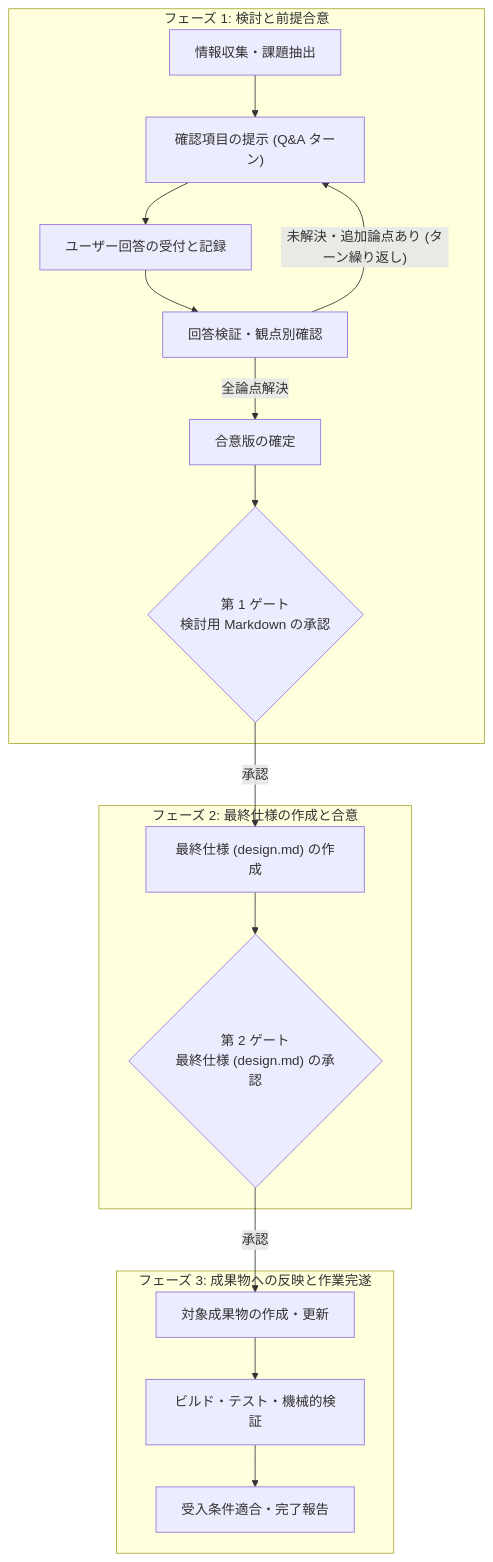
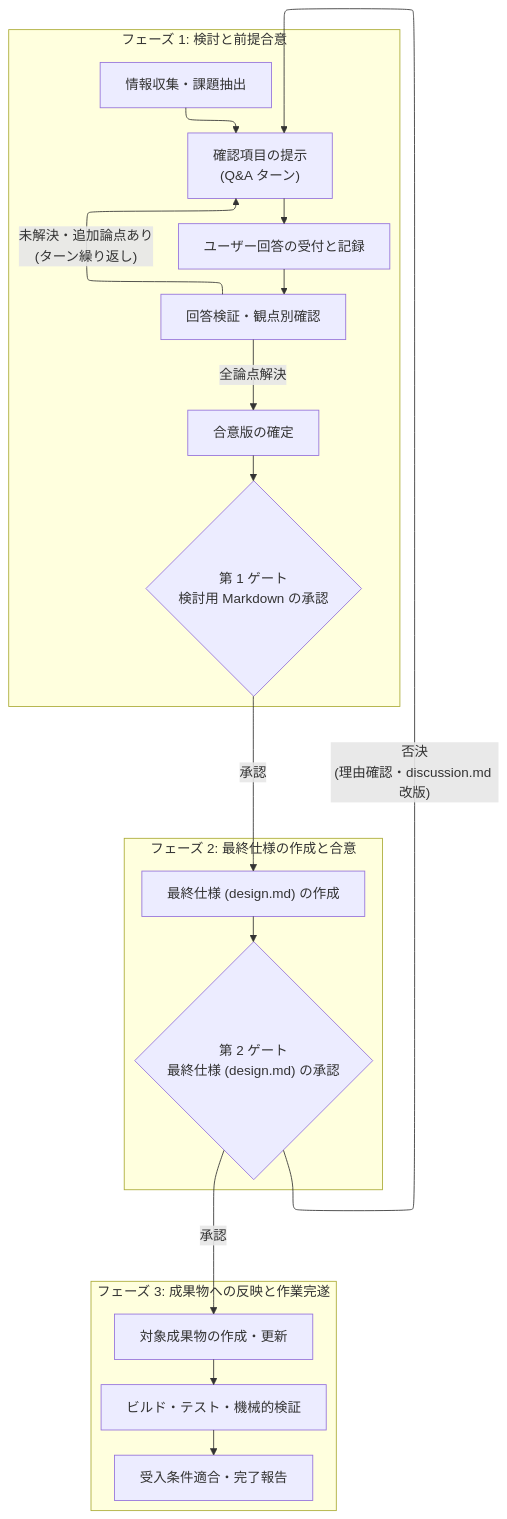
Before and after one commit to Hondarer/c-modernization-kit: the diagram in app/general/.agents/skills/agree-before-generate/SKILL.md, drawn with Mermaid. The commit also changed other lines of this file and 1 other file, not shown here.

Commit message:
agree-before-generate の否決時フローとフロー図レイアウトを更新

````diff
--- a/app/general/.agents/skills/agree-before-generate/SKILL.md
+++ b/app/general/.agents/skills/agree-before-generate/SKILL.md
@@ -107,20 +107,33 @@
 ```mermaid
+---
+config:
+  layout: elk
+  flowchart:
+    wrappingWidth: 420
+---
 flowchart TD
     subgraph Phase1["フェーズ 1: 検討と前提合意"]
-        A["情報収集・課題抽出"] --> B["確認項目の提示 (Q&A ターン)"]
+        direction TB
+        A["情報収集・課題抽出"] --> B["確認項目の提示<br/>(Q&A ターン)"]
         B --> C["ユーザー回答の受付と記録"]
         C --> D["回答検証・観点別確認"]
-        D -- "未解決・追加論点あり (ターン繰り返し)" --> B
+        D -- "未解決・追加論点あり<br/>(ターン繰り返し)" --> B
         D -- "全論点解決" --> E["合意版の確定"]
         E --> F{"第 1 ゲート<br/>検討用 Markdown の承認"}
     end
+
     subgraph Phase2["フェーズ 2: 最終仕様の作成と合意"]
-        F -- "承認" --> G["最終仕様 (design.md) の作成"]
-        G --> H{"第 2 ゲート<br/>最終仕様 (design.md) の承認"}
+        direction TB
+        G["最終仕様 (design.md) の作成"] --> H{"第 2 ゲート<br/>最終仕様 (design.md) の承認"}
     end
+
     subgraph Phase3["フェーズ 3: 成果物への反映と作業完遂"]
-        H -- "承認" --> I["対象成果物の作成・更新"]
-        I --> J["ビルド・テスト・機械的検証"]
+        direction TB
+        I["対象成果物の作成・更新"] --> J["ビルド・テスト・機械的検証"]
         J --> K["受入条件適合・完了報告"]
     end
+
+    F -- "承認" --> G
+    H -- "承認" --> I
+    H -- "否決<br/>(理由確認・discussion.md 改版)" --> B
 ```
````
